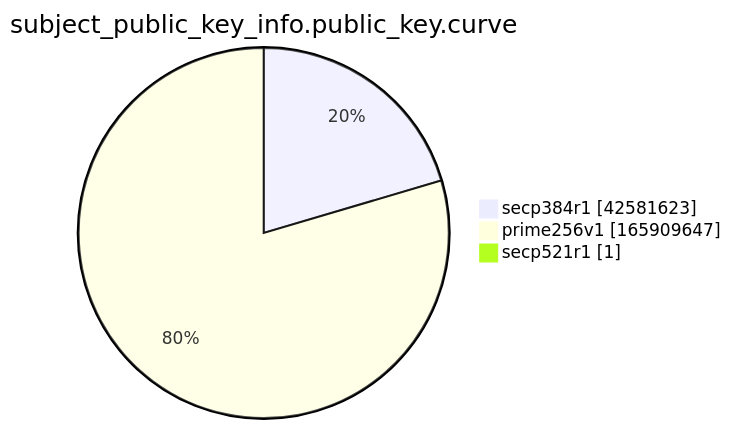
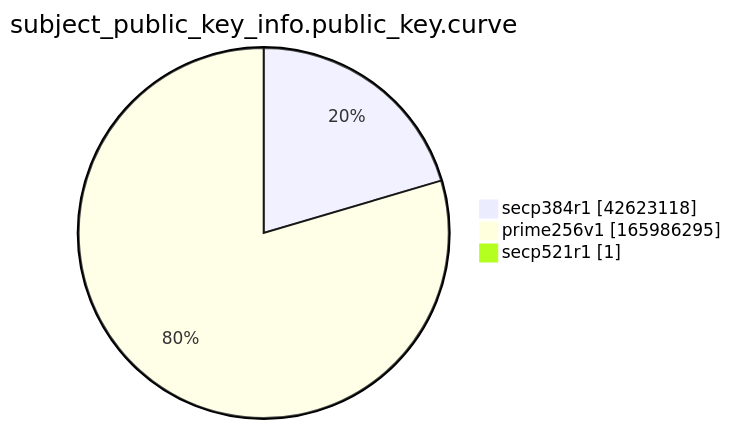
Before and after one commit to christiankrug/ctmonitor_visualization: the ninth of 15 diagrams in xenon2022/README.md, drawn with Mermaid. The commit also changed other lines of this file, not shown here.

````diff
--- a/xenon2022/README.md
+++ b/xenon2022/README.md
@@ -2869,7 +2869,7 @@
 ```mermaid
 pie showData
 title subject_public_key_info.public_key.curve
-"secp384r1" :42581623
-"prime256v1" :165909647
+"secp384r1" :42623118
+"prime256v1" :165986295
 "secp521r1" :1
 ```
````
